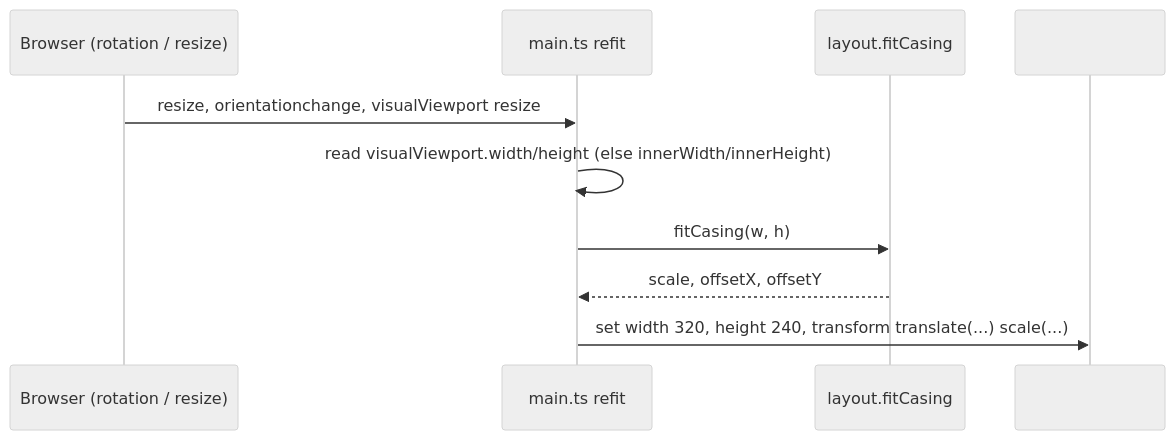
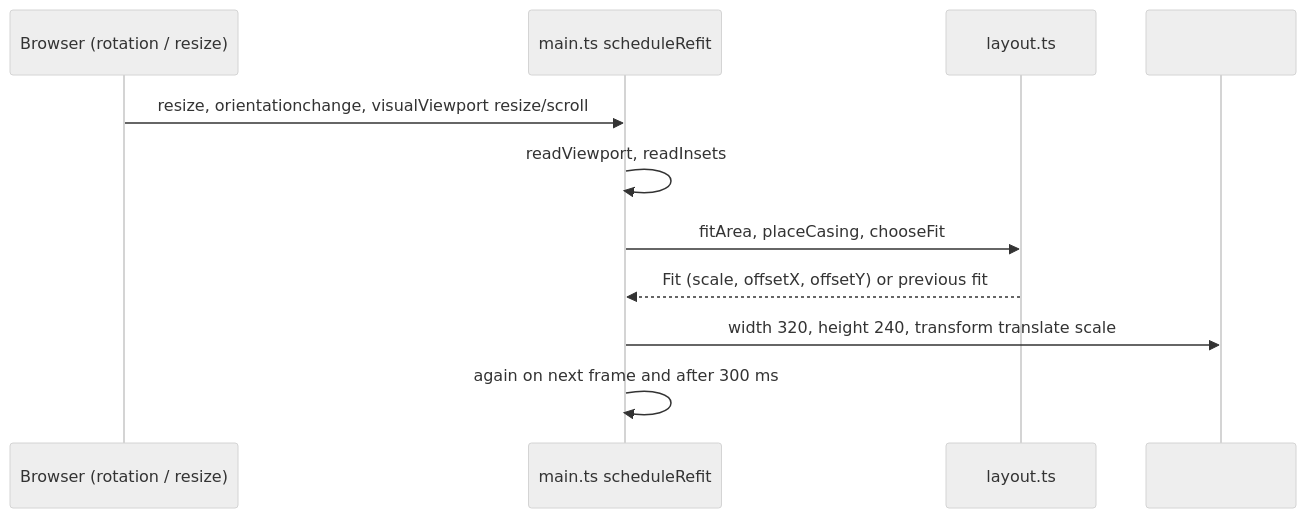
One commit to snow-note/aiCatch changed the third of 5 diagrams in aidlc/spaces/default/codekb/aiCatch/architecture.md. Above: the diagram before and after it, drawn with Mermaid (neutral theme). The commit also changed other lines of this file and 46 other files, not shown here.

````diff
--- a/aidlc/spaces/default/codekb/aiCatch/architecture.md
+++ b/aidlc/spaces/default/codekb/aiCatch/architecture.md
@@ -38,12 +90,13 @@
 ```mermaid
 sequenceDiagram
   participant B as Browser (rotation / resize)
-  participant M as main.ts refit
-  participant L as layout.fitCasing
+  participant M as main.ts scheduleRefit
+  participant L as layout.ts
   participant C as #console
-  B->>M: resize, orientationchange, visualViewport resize
-  M->>M: read visualViewport.width/height (else innerWidth/innerHeight)
-  M->>L: fitCasing(w, h)
-  L-->>M: scale, offsetX, offsetY
-  M->>C: set width 320, height 240, transform translate(...) scale(...)
+  B->>M: resize, orientationchange, visualViewport resize/scroll
+  M->>M: readViewport, readInsets
+  M->>L: fitArea, placeCasing, chooseFit
+  L-->>M: Fit (scale, offsetX, offsetY) or previous fit
+  M->>C: width 320, height 240, transform translate scale
+  M->>M: again on next frame and after 300 ms
 ```
````
